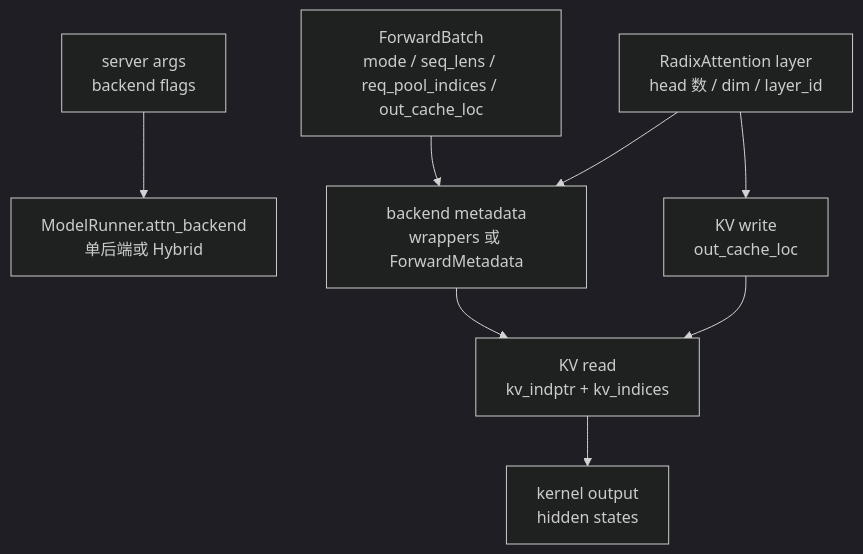
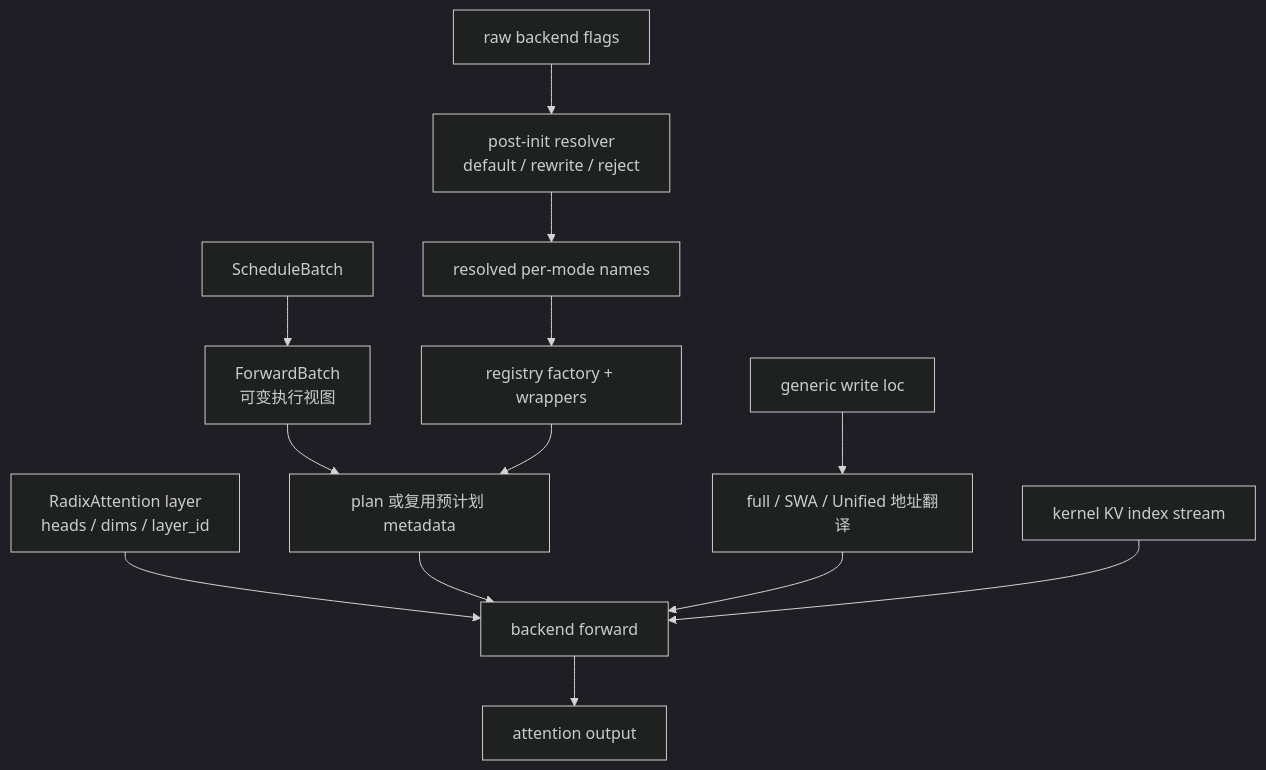
Before and after one commit to OnlyHero5/sglang-reading-vault: the diagram in sglang_reading/内存与Attention/Attention/SGLang-Attention-数据流.md, drawn with Mermaid (dark theme). The commit also changed other lines of this file and 512 other files, not shown here.

````diff
--- a/sglang_reading/内存与Attention/Attention/SGLang-Attention-数据流.md
+++ b/sglang_reading/内存与Attention/Attention/SGLang-Attention-数据流.md
@@ -22,19 +22,14 @@
 ```mermaid
 flowchart TD
-    A["server args<br/>backend flags"]
-    B["ModelRunner.attn_backend<br/>单后端或 Hybrid"]
-    C["ForwardBatch<br/>mode / seq_lens / req_pool_indices / out_cache_loc"]
-    D["RadixAttention layer<br/>head 数 / dim / layer_id"]
-    E["backend metadata<br/>wrappers 或 ForwardMetadata"]
-    F["KV write<br/>out_cache_loc"]
-    G["KV read<br/>kv_indptr + kv_indices"]
-    H["kernel output<br/>hidden states"]
-
-    A --> B
-    C --> E
-    D --> E
-    D --> F
-    E --> G
-    F --> G
-    G --> H
+    A["raw backend flags"] --> B["post-init resolver<br/>default / rewrite / reject"]
+    B --> C["resolved per-mode names"]
+    C --> D["registry factory + wrappers"]
+    SB["ScheduleBatch"] --> FB["ForwardBatch<br/>可变执行视图"]
+    FB --> PLAN["plan 或复用预计划 metadata"]
+    D --> PLAN
+    L["RadixAttention layer<br/>heads / dims / layer_id"] --> RUN["backend forward"]
+    PLAN --> RUN
+    W["generic write loc"] --> T["full / SWA / Unified 地址翻译"] --> RUN
+    R["kernel KV index stream"] --> RUN
+    RUN --> O["attention output"]
 ```
````
